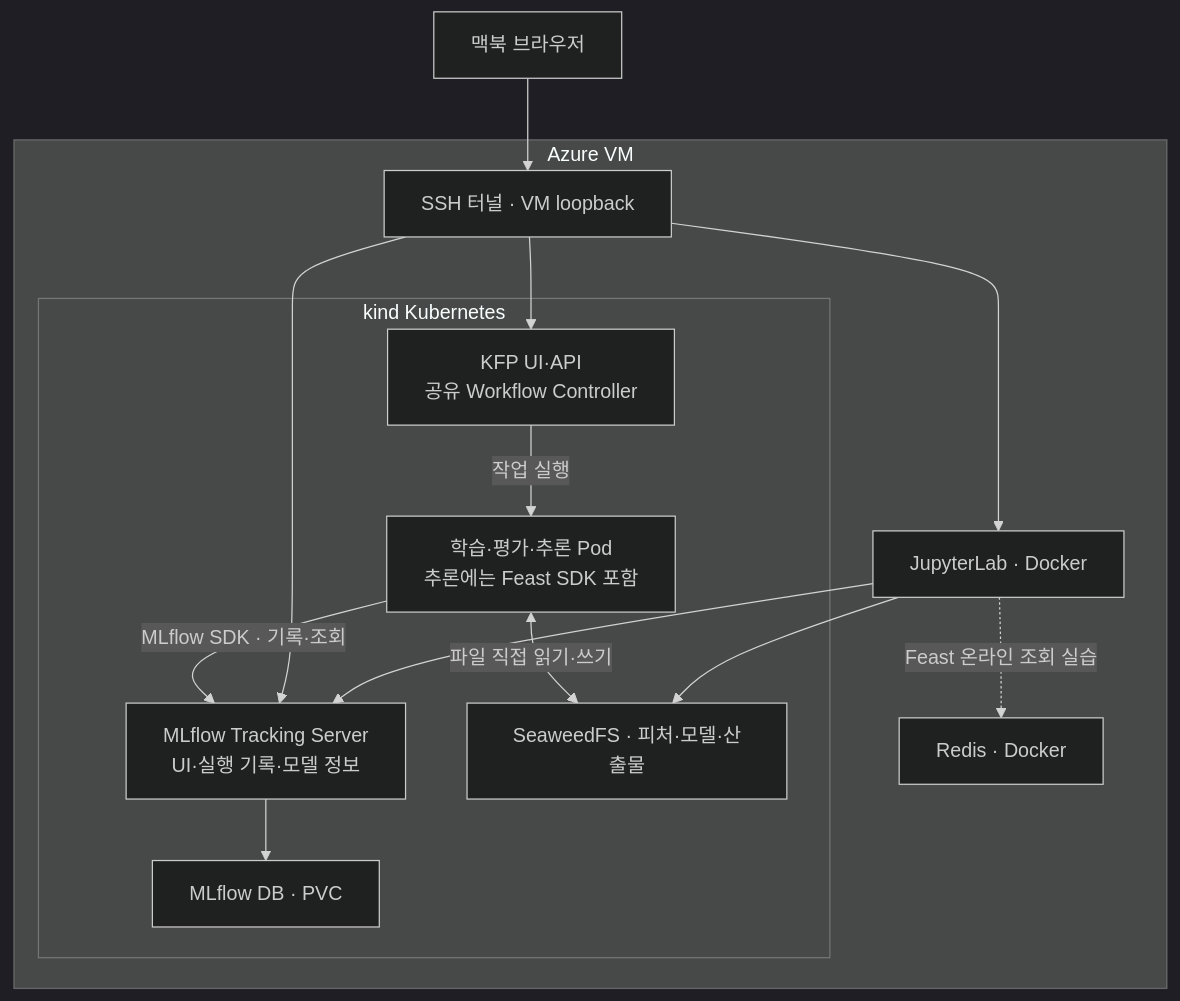
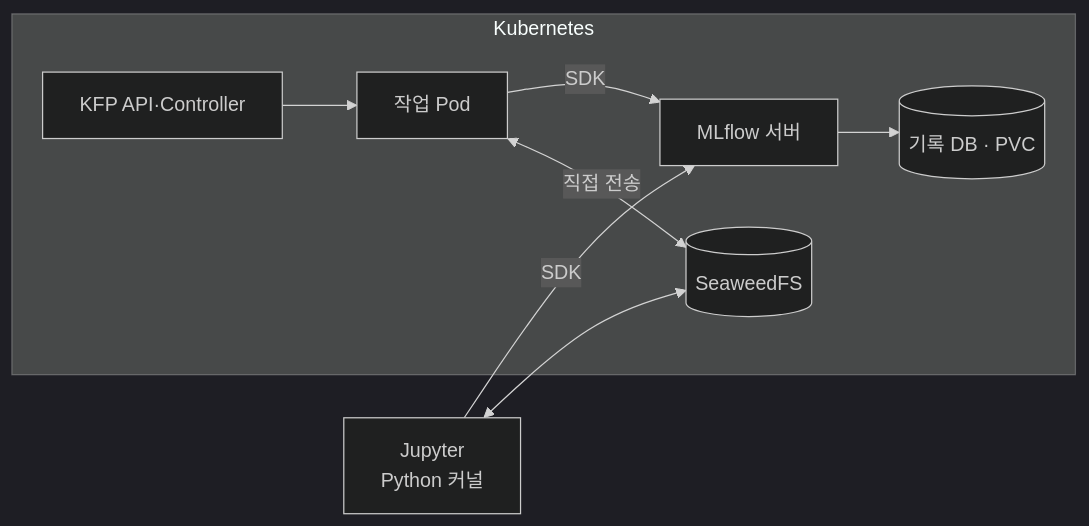
Before and after one commit to HeesangJin/tech-blog: the second of 5 diagrams in docs/mlops/azure-mlops-lab.md, drawn with Mermaid (dark theme). The commit also changed other lines of this file and 1 other file, not shown here.

Commit message:
Condense MLOps article into visual flow, tables and code

````diff
--- a/docs/mlops/azure-mlops-lab.md
+++ b/docs/mlops/azure-mlops-lab.md
@@ -86,27 +45,11 @@
 ```mermaid
-flowchart TB
-    Browser["맥북 브라우저"]
-    subgraph VM["Azure VM"]
-        Access["SSH 터널 · VM loopback"]
-        J["JupyterLab · Docker"]
-        R["Redis · Docker"]
-        subgraph K8s["kind Kubernetes"]
-            K["KFP UI·API<br/>공유 Workflow Controller"]
-            P["학습·평가·추론 Pod<br/>추론에는 Feast SDK 포함"]
-            M["MLflow Tracking Server<br/>UI·실행 기록·모델 정보"]
-            S["SeaweedFS · 피처·모델·산출물"]
-            DB["MLflow DB · PVC"]
-            K -->|"작업 실행"| P
-            P -->|"MLflow SDK · 기록·조회"| M
-            P <-->|"파일 직접 읽기·쓰기"| S
-            M --> DB
-        end
-        Access --> J
-        Access --> K
-        Access --> M
-        J --> M
-        J --> S
-        J -.->|"Feast 온라인 조회 실습"| R
+flowchart LR
+    J["Jupyter<br/>Python 커널"] -->|"SDK"| M
+    subgraph K8s["Kubernetes"]
+        K["KFP API·Controller"] --> P["작업 Pod"]
+        P -->|"SDK"| M["MLflow 서버"]
+        M --> DB[("기록 DB · PVC")]
+        P <-->|"직접 전송"| S[("SeaweedFS")]
     end
-    Browser --> Access
+    J <--> S
 ```
````
